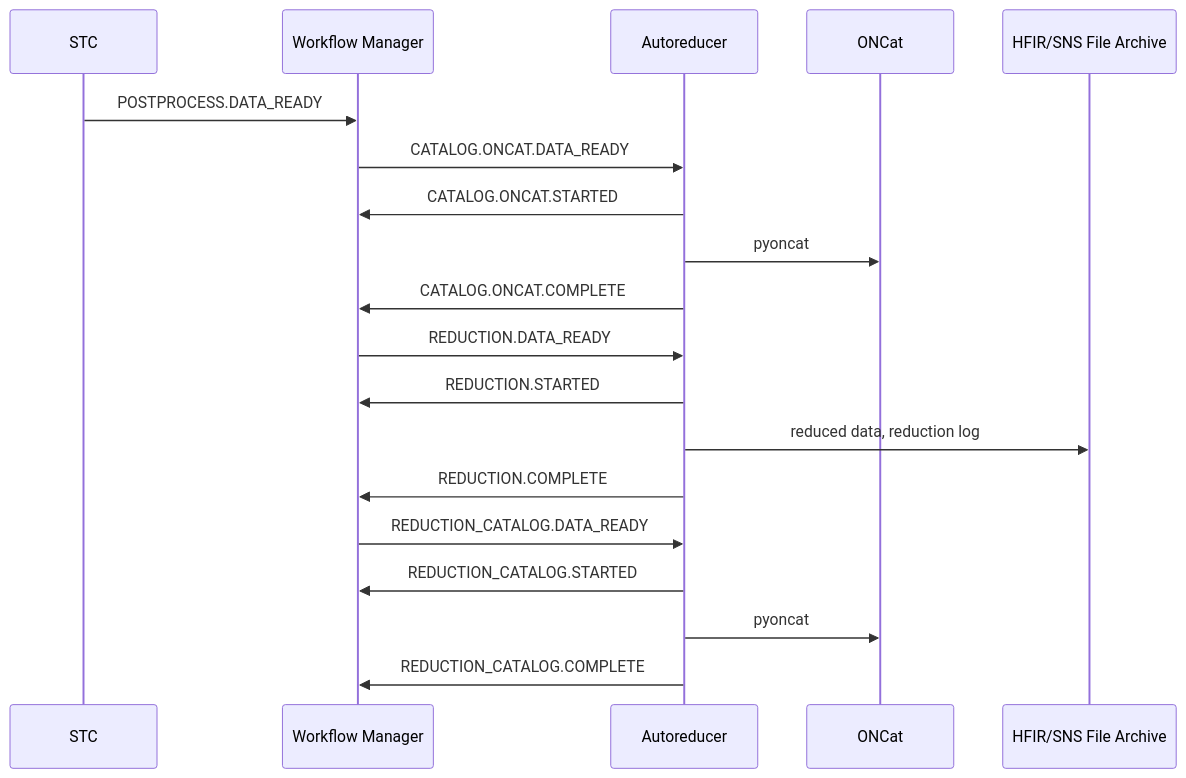
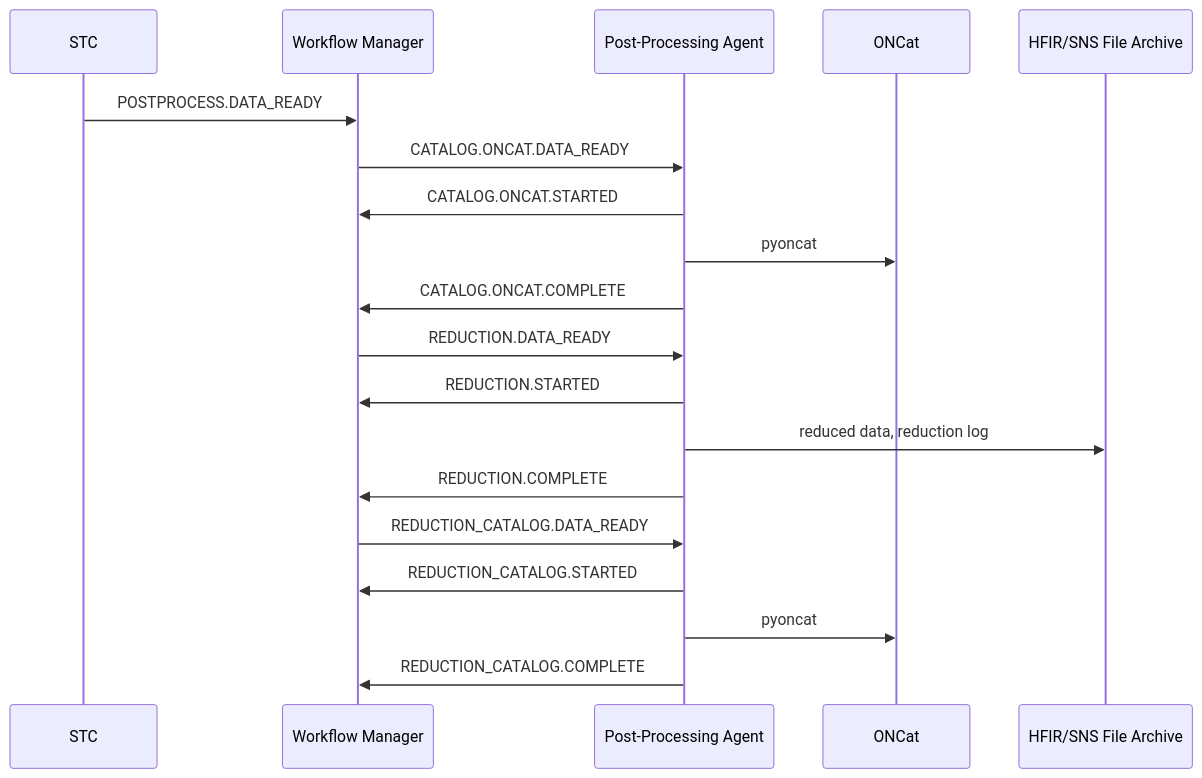
The third of 8 diagrams in docs/developer/architecture/communication_flows.rst (neutrons/data_workflow), drawn with Mermaid before and after one commit. The commit also changed other lines of this file and 2 other files, not shown here.

```diff
--- a/docs/developer/architecture/communication_flows.rst
+++ b/docs/developer/architecture/communication_flows.rst
@@ -74,22 +80,23 @@
 .. mermaid::
 
     sequenceDiagram
         participant STC
         participant Workflow Manager
-        participant Autoreducer
+        participant Post-Processing Agent
         participant ONCat
         participant HFIR/SNS File Archive
 
         STC->>Workflow Manager: POSTPROCESS.DATA_READY
-        Workflow Manager->>Autoreducer: CATALOG.ONCAT.DATA_READY
-        Autoreducer->>Workflow Manager: CATALOG.ONCAT.STARTED
-        Autoreducer->>ONCat: pyoncat
-        Autoreducer->>Workflow Manager: CATALOG.ONCAT.COMPLETE
-        Workflow Manager->>Autoreducer: REDUCTION.DATA_READY
-        Autoreducer->>Workflow Manager: REDUCTION.STARTED
-        Autoreducer->>HFIR/SNS File Archive: reduced data, reduction log
-        Autoreducer->>Workflow Manager: REDUCTION.COMPLETE
-        Workflow Manager->>Autoreducer: REDUCTION_CATALOG.DATA_READY
-        Autoreducer->>Workflow Manager: REDUCTION_CATALOG.STARTED
-        Autoreducer->>ONCat: pyoncat
-        Autoreducer->>Workflow Manager: REDUCTION_CATALOG.COMPLETE
+        Workflow Manager->>Post-Processing Agent: CATALOG.ONCAT.DATA_READY
+        Post-Processing Agent->>Workflow Manager: CATALOG.ONCAT.STARTED
+        Post-Processing Agent->>ONCat: pyoncat
+        Post-Processing Agent->>Workflow Manager: CATALOG.ONCAT.COMPLETE
+        Workflow Manager->>Post-Processing Agent: REDUCTION.DATA_READY
+        Post-Processing Agent->>Workflow Manager: REDUCTION.STARTED
+        Post-Processing Agent->>HFIR/SNS File Archive: reduced data, reduction log
+        Post-Processing Agent->>Workflow Manager: REDUCTION.COMPLETE
+        Workflow Manager->>Post-Processing Agent: REDUCTION_CATALOG.DATA_READY
+        Post-Processing Agent->>Workflow Manager: REDUCTION_CATALOG.STARTED
+        Post-Processing Agent->>ONCat: pyoncat
+        Post-Processing Agent->>Workflow Manager: REDUCTION_CATALOG.COMPLETE
+        %%{init:{'themeCSS':'g:nth-of-type(2) rect.actor { fill:#faf2e6; stroke:#f2e3cb; };g:nth-of-type(5) rect.actor { fill:#faf2e6; stroke:#f2e3cb; };g:nth-of-type(6) rect.actor { fill:#faf2e6; stroke:#f2e3cb; };g:nth-of-type(7) rect.actor { fill:#faf2e6; stroke:#f2e3cb; };g:nth-of-type(10) rect.actor { fill:#faf2e6; stroke:#f2e3cb; };g:nth-of-type(11) rect.actor { fill:#faf2e6; stroke:#f2e3cb; };'}}%%
```
